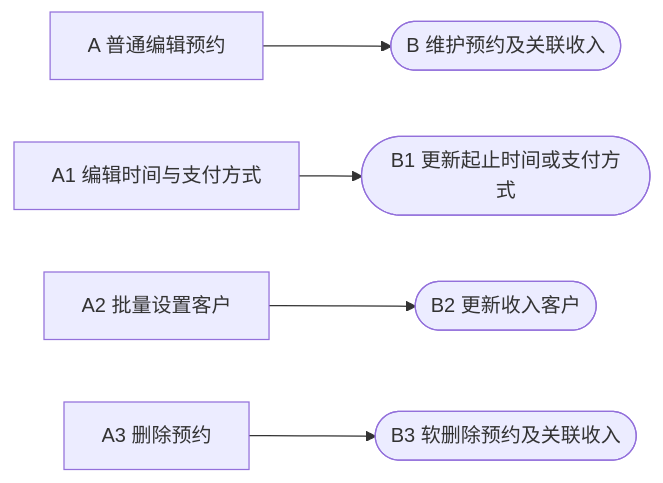
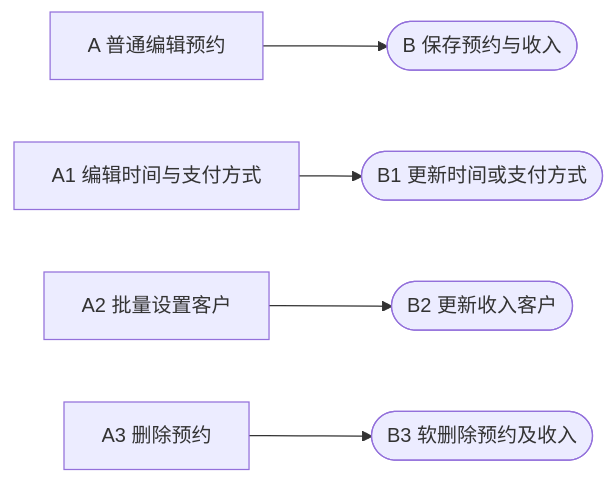
The second of 6 diagrams in skill-previews/code-module-feature-map/yard-tank-clean/developer-guide.md (mapanpan0802-ui/codexAi), drawn with Mermaid before and after one commit. The commit also changed other lines of this file and 6 other files, not shown here.

````diff
--- a/skill-previews/code-module-feature-map/yard-tank-clean/developer-guide.md
+++ b/skill-previews/code-module-feature-map/yard-tank-clean/developer-guide.md
@@ -60,7 +58,7 @@
 ```mermaid
 flowchart LR
-    A["A 普通编辑预约"] --> B(["B 维护预约及关联收入"])
-    A1["A1 编辑时间与支付方式"] --> B1(["B1 更新起止时间或支付方式"])
+    A["A 普通编辑预约"] --> B(["B 保存预约与收入"])
+    A1["A1 编辑时间与支付方式"] --> B1(["B1 更新时间或支付方式"])
     A2["A2 批量设置客户"] --> B2(["B2 更新收入客户"])
-    A3["A3 删除预约"] --> B3(["B3 软删除预约及关联收入"])
+    A3["A3 删除预约"] --> B3(["B3 软删除预约及收入"])
 ```
````
